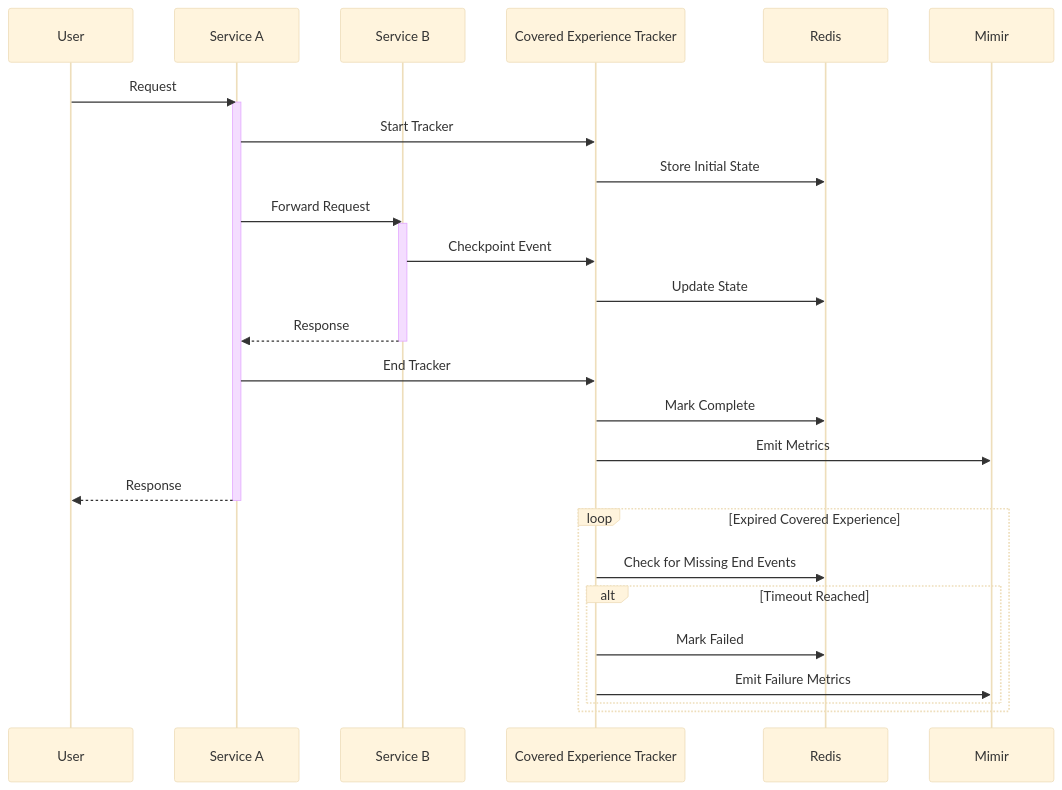
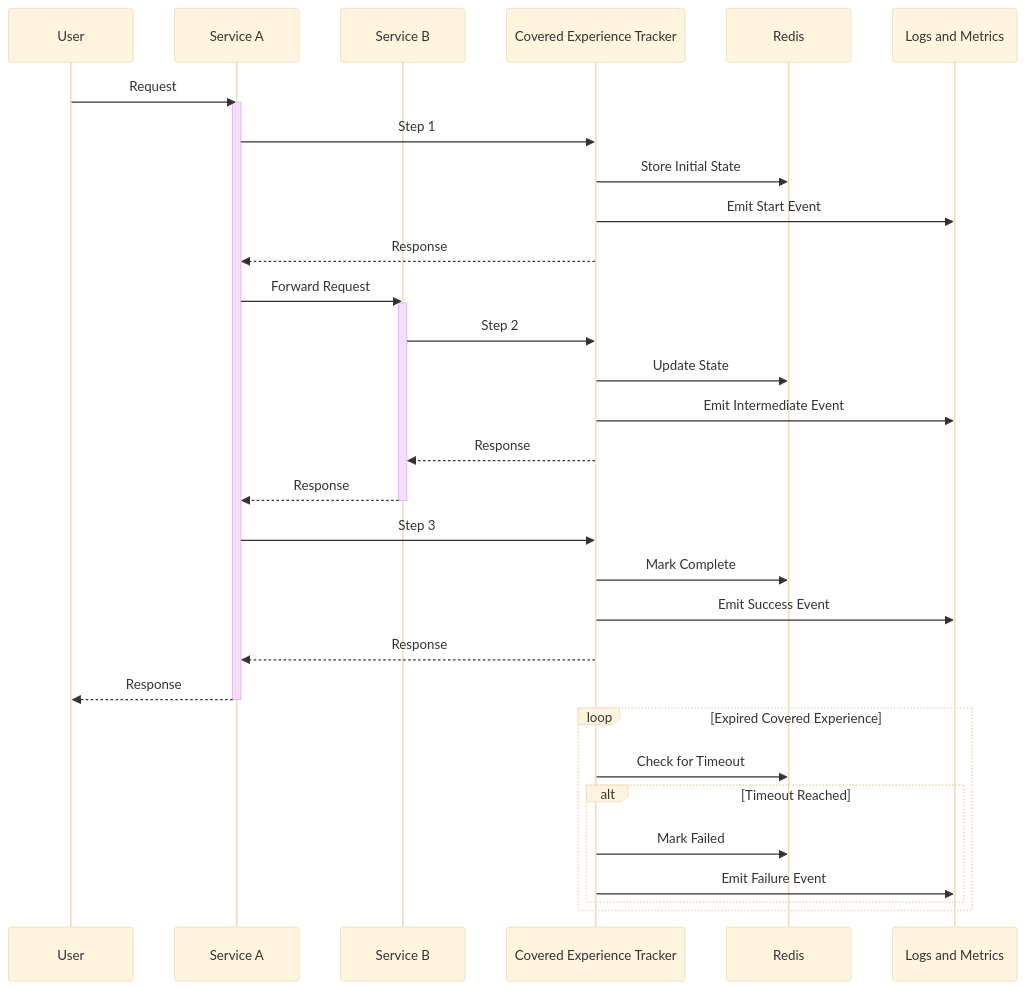
The second of 3 diagrams in content/handbook/engineering/architecture/design-documents/covered_experience_slis/_index.md (zalyoung/gitlab-handbook), drawn with Mermaid (base theme) before and after one commit. The commit also changed other lines of this file, not shown here.

Commit message:
chore: SDK events -- WIP

````diff
--- a/content/handbook/engineering/architecture/design-documents/covered_experience_slis/_index.md
+++ b/content/handbook/engineering/architecture/design-documents/covered_experience_slis/_index.md
@@ -133,39 +229,44 @@
 ```mermaid
 sequenceDiagram
     participant User
     participant App as Service A
     participant AppB as Service B
     participant Tracker as Covered Experience Tracker
     participant Redis
-    participant Metrics as Mimir
+    participant Event as Logs and Metrics
 
     User->>App: Request
     activate App
 
-    App->>Tracker: Start Tracker
+    App->>Tracker: Step 1
     Tracker->>Redis: Store Initial State
+    Tracker->>Event: Emit Start Event
+    Tracker-->>App: Response
 
     App->>AppB: Forward Request
     activate AppB
 
-    AppB->>Tracker: Checkpoint Event
+    AppB->>Tracker: Step 2
     Tracker->>Redis: Update State
+    Tracker->>Event: Emit Intermediate Event
+    Tracker-->>AppB: Response
 
     AppB-->>App: Response
     deactivate AppB
 
-    App->>Tracker: End Tracker
+    App->>Tracker: Step 3
     Tracker->>Redis: Mark Complete
-    Tracker->>Metrics: Emit Metrics
+    Tracker->>Event: Emit Success Event
+    Tracker-->>App: Response
 
     App-->>User: Response
     deactivate App
 
     loop Expired Covered Experience
-        Tracker->>Redis: Check for Missing End Events
+        Tracker->>Redis: Check for Timeout
         alt Timeout Reached
             Tracker->>Redis: Mark Failed
-            Tracker->>Metrics: Emit Failure Metrics
+            Tracker->>Event: Emit Failure Event
         end
     end
 ```
````
